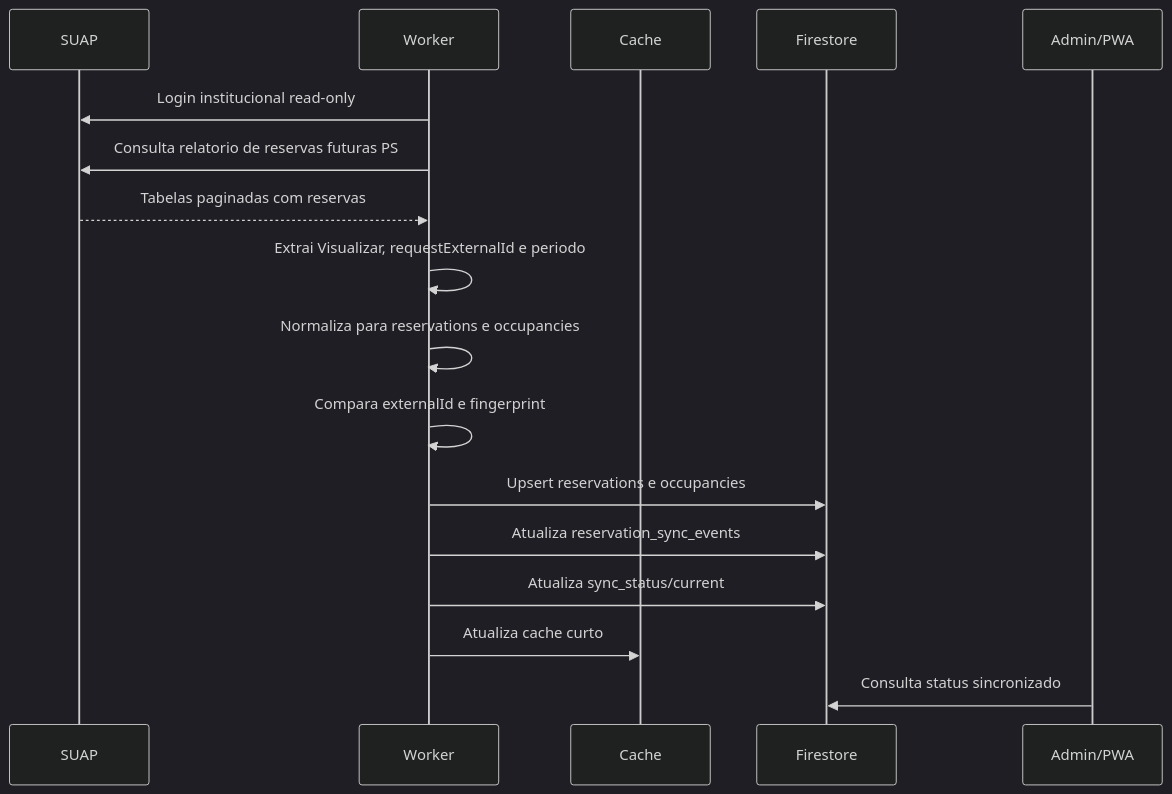
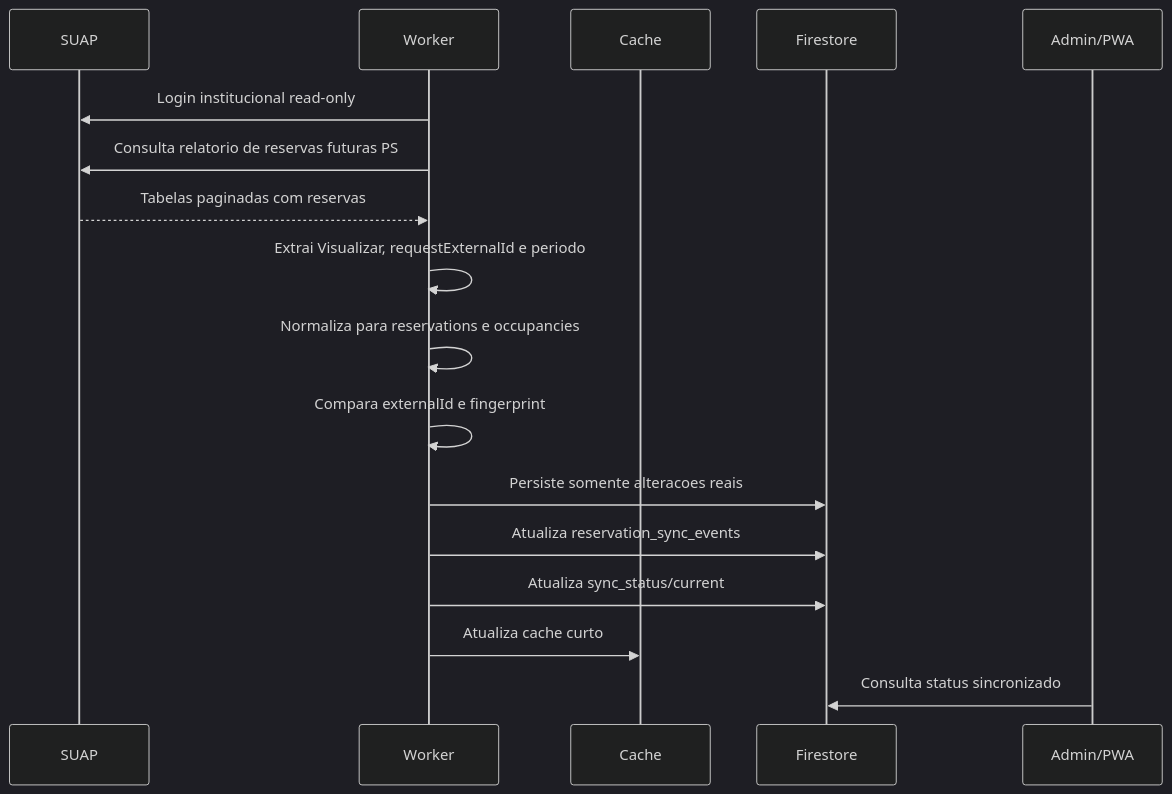
The second of 17 diagrams in docs/diagramas.md (jacsonlinux/chaveiro-ifbaps), drawn with Mermaid (dark theme) before and after one commit. The commit also changed other lines of this file and 5 other files, not shown here.

````diff
--- a/docs/diagramas.md
+++ b/docs/diagramas.md
@@ -53,20 +53,20 @@
 ```mermaid
 sequenceDiagram
     participant S as SUAP
     participant W as Worker
     participant C as Cache
     participant F as Firestore
     participant A as Admin/PWA
 
     W->>S: Login institucional read-only
     W->>S: Consulta relatorio de reservas futuras PS
     S-->>W: Tabelas paginadas com reservas
     W->>W: Extrai Visualizar, requestExternalId e periodo
     W->>W: Normaliza para reservations e occupancies
     W->>W: Compara externalId e fingerprint
-    W->>F: Upsert reservations e occupancies
+    W->>F: Persiste somente alteracoes reais
     W->>F: Atualiza reservation_sync_events
     W->>F: Atualiza sync_status/current
     W->>C: Atualiza cache curto
     A->>F: Consulta status sincronizado
 ```
````
